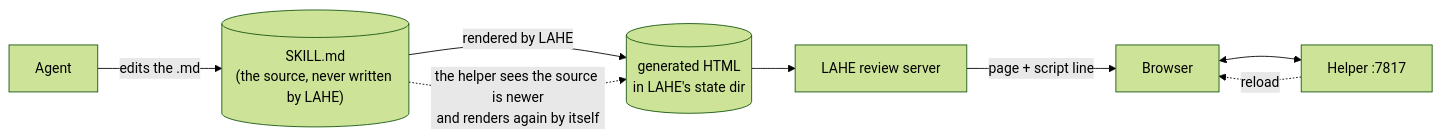
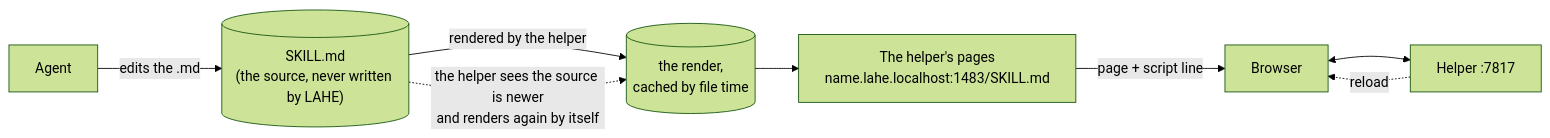
The third of 6 diagrams in docs/ongoing/SERVING_ARCHITECTURES.md (kenxle/live-agentic-html-editor), drawn with Mermaid (forest theme) before and after one commit. The commit also changed other lines of this file and 16 other files, not shown here.

First line of the commit message:
Stable addresses Step 3: the skill, contract, CLI doc, serving docs and diagrams describe stable addresses

````diff
--- a/docs/ongoing/SERVING_ARCHITECTURES.md
+++ b/docs/ongoing/SERVING_ARCHITECTURES.md
@@ -131,10 +172,10 @@
 ```mermaid
 flowchart LR
-    MD[("SKILL.md<br/>(the source, never written by LAHE)")] -->|rendered by LAHE| G[("generated HTML<br/>in LAHE's state dir")]
-    G --> RS["LAHE review server"]
+    MD[("SKILL.md<br/>(the source, never written by LAHE)")] -->|rendered by the helper| G[("the render,<br/>cached by file time")]
+    G --> RS["The helper's pages<br/>name.lahe.localhost:1483/SKILL.md"]
     RS -->|page + script line| B["Browser"]
     B <--> H["Helper :7817"]
     A["Agent"] -->|edits the .md| MD
     MD -.->|"the helper sees the source is newer<br/>and renders again by itself"| G
     H -.->|reload| B
 ```
````
